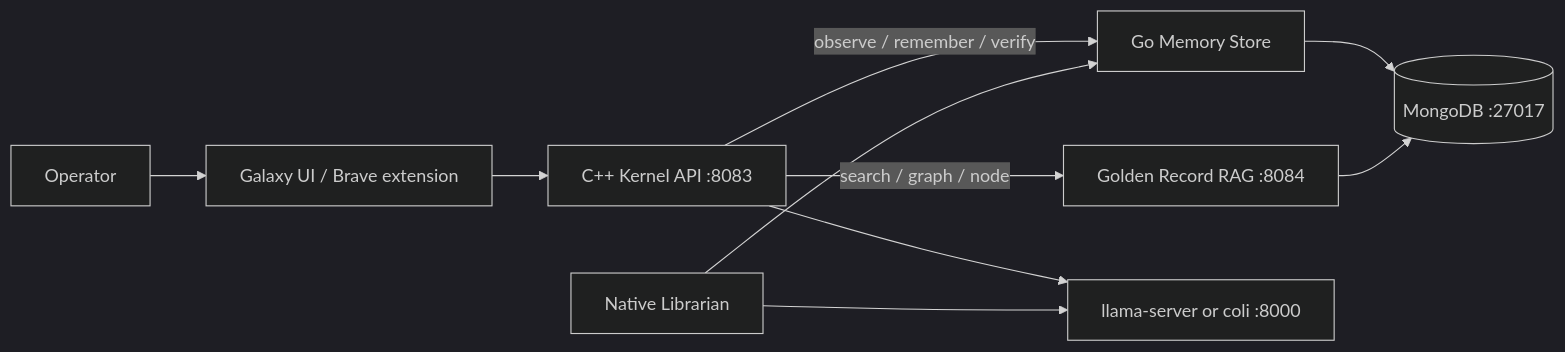
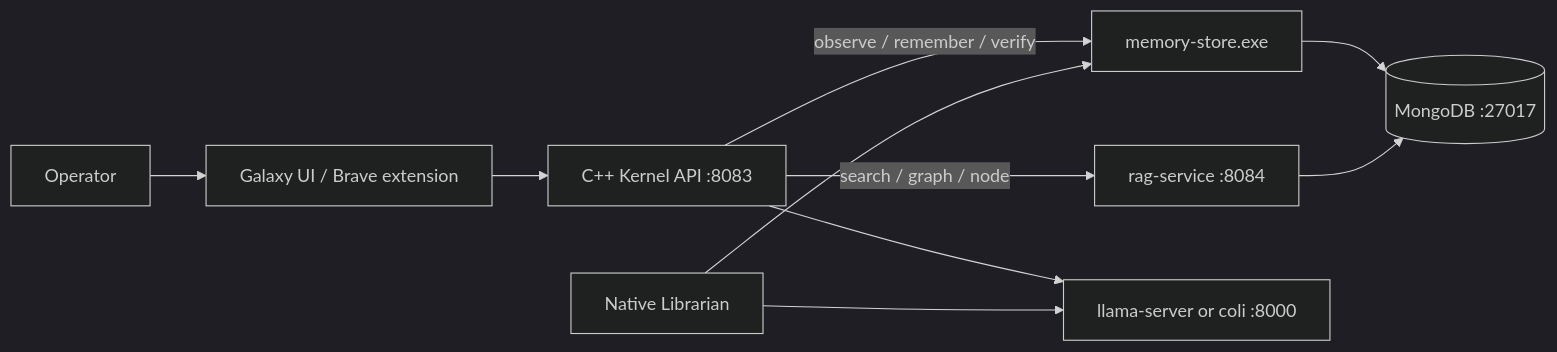
Before and after one commit to usrname1git/GodBrain: the diagram in ARCHITECTURE.md, drawn with Mermaid (dark theme). The commit also changed 8 other files, not shown here.

````diff
--- a/ARCHITECTURE.md
+++ b/ARCHITECTURE.md
@@ -47,21 +47,21 @@
 ```mermaid
 flowchart LR
     Operator[Operator]
     UI[Galaxy UI / Brave extension]
     Kernel[C++ Kernel API :8083]
     Mongo[(MongoDB :27017)]
     Librarian[Native Librarian]
-    Memory[Go Memory Store]
-    RAG[Golden Record RAG :8084]
+    Memory[memory-store.exe]
+    RAG[rag-service :8084]
     Mouth[llama-server or coli :8000]
 
     Operator --> UI
     UI --> Kernel
     Kernel -->|search / graph / node| RAG
     Kernel -->|observe / remember / verify| Memory
     Kernel --> Mouth
     Librarian --> Mouth
     Librarian --> Memory
     Memory --> Mongo
     RAG --> Mongo
 ```
````
